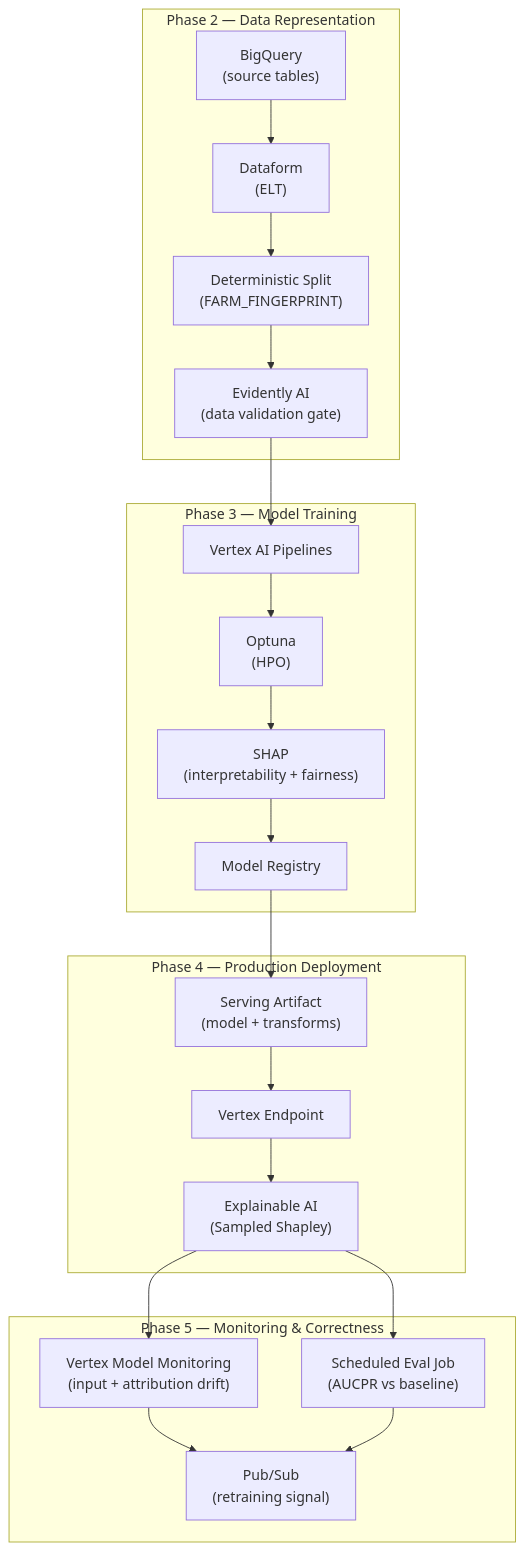
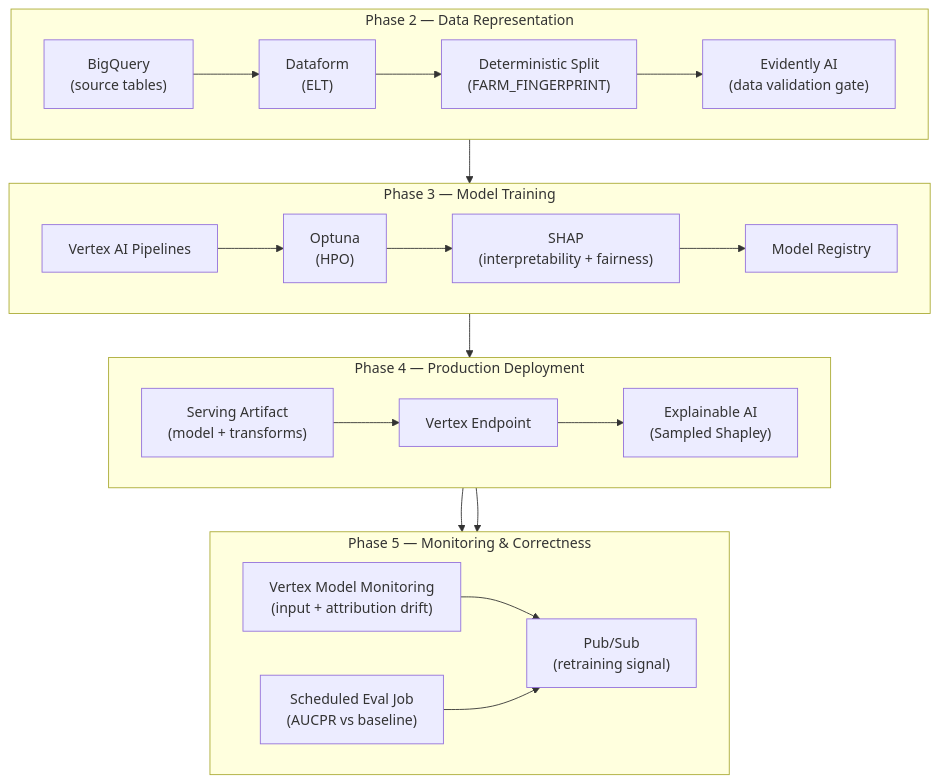
The diagram in projects/mlops/docs/architecture.md (DanHerman212/enterprise_clinical_copilot), drawn with Mermaid before and after one commit.

Commit message:
updated mlops architecture diagram

````diff
--- a/projects/mlops/docs/architecture.md
+++ b/projects/mlops/docs/architecture.md
@@ -7,38 +7,42 @@
 ```mermaid
 flowchart TB
     subgraph P2["Phase 2 — Data Representation"]
+        direction LR
         BQ["BigQuery<br/>(source tables)"]
         DF["Dataform<br/>(ELT)"]
         SPLIT["Deterministic Split<br/>(FARM_FINGERPRINT)"]
         EV["Evidently AI<br/>(data validation gate)"]
         BQ --> DF --> SPLIT --> EV
     end
 
     subgraph P3["Phase 3 — Model Training"]
+        direction LR
         PIPE["Vertex AI Pipelines"]
         HPO["Optuna<br/>(HPO)"]
         SHAP["SHAP<br/>(interpretability + fairness)"]
         REG["Model Registry"]
         PIPE --> HPO --> SHAP --> REG
     end
 
     subgraph P4["Phase 4 — Production Deployment"]
+        direction LR
         ART["Serving Artifact<br/>(model + transforms)"]
         EP["Vertex Endpoint"]
         XAI["Explainable AI<br/>(Sampled Shapley)"]
         ART --> EP --> XAI
     end
 
     subgraph P5["Phase 5 — Monitoring & Correctness"]
+        direction LR
         MON["Vertex Model Monitoring<br/>(input + attribution drift)"]
         EVAL["Scheduled Eval Job<br/>(AUCPR vs baseline)"]
         PS["Pub/Sub<br/>(retraining signal)"]
         MON --> PS
         EVAL --> PS
     end
 
     EV --> PIPE
     REG --> ART
     XAI --> MON
     XAI --> EVAL
 ```
````
